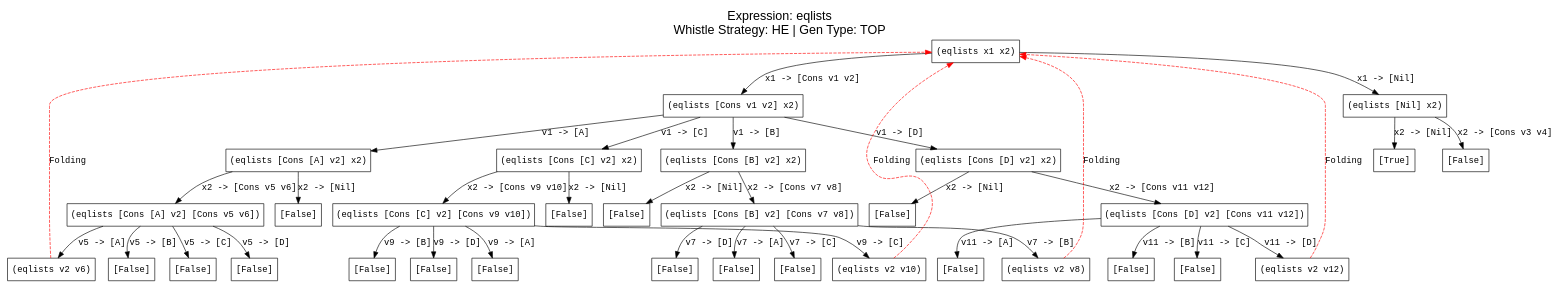
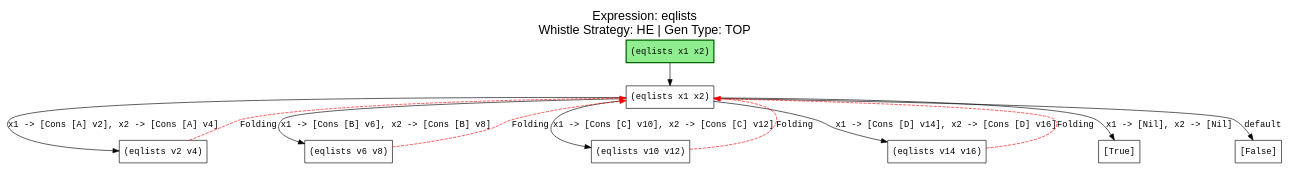
The diagram in output/test5/he_eqlists.dot (makezh/coursework_supercompiler), drawn with Graphviz before and after one commit. The commit also changed 20 other files, not shown here.

```diff
--- a/output/test5/he_eqlists.dot
+++ b/output/test5/he_eqlists.dot
@@ -1,78 +1,28 @@
 digraph ProcessTree {
   label="Expression: eqlists\nWhistle Strategy: HE | Gen Type: TOP";
   labelloc="t";
   fontsize=20;
   fontname="Arial";
 
     node [fontname="Courier New"];
     edge [fontname="Courier New"];
+    start [label="(eqlists x1 x2)", shape=box, style="filled", fillcolor="lightgreen", color="darkgreen", penwidth=2.0];
+    start -> n0 [];
     n0 [label="(eqlists x1 x2)", shape=box];
-    n0 -> n1 [label="x1 -> [Cons v1 v2]"];
-    n0 -> n2 [label="x1 -> [Nil]"];
-    n1 [label="(eqlists [Cons v1 v2] x2)", shape=box];
-    n1 -> n3 [label="v1 -> [A]"];
-    n1 -> n4 [label="v1 -> [B]"];
-    n1 -> n5 [label="v1 -> [C]"];
-    n1 -> n6 [label="v1 -> [D]"];
-    n2 [label="(eqlists [Nil] x2)", shape=box];
-    n2 -> n7 [label="x2 -> [Nil]"];
-    n2 -> n8 [label="x2 -> [Cons v3 v4]"];
-    n3 [label="(eqlists [Cons [A] v2] x2)", shape=box];
-    n3 -> n9 [label="x2 -> [Cons v5 v6]"];
-    n3 -> n10 [label="x2 -> [Nil]"];
-    n4 [label="(eqlists [Cons [B] v2] x2)", shape=box];
-    n4 -> n11 [label="x2 -> [Cons v7 v8]"];
-    n4 -> n12 [label="x2 -> [Nil]"];
-    n5 [label="(eqlists [Cons [C] v2] x2)", shape=box];
-    n5 -> n13 [label="x2 -> [Cons v9 v10]"];
-    n5 -> n14 [label="x2 -> [Nil]"];
-    n6 [label="(eqlists [Cons [D] v2] x2)", shape=box];
-    n6 -> n15 [label="x2 -> [Cons v11 v12]"];
-    n6 -> n16 [label="x2 -> [Nil]"];
-    n7 [label="[True]", shape=box];
-    n8 [label="[False]", shape=box];
-    n9 [label="(eqlists [Cons [A] v2] [Cons v5 v6])", shape=box];
-    n9 -> n17 [label="v5 -> [A]"];
-    n9 -> n18 [label="v5 -> [B]"];
-    n9 -> n19 [label="v5 -> [C]"];
-    n9 -> n20 [label="v5 -> [D]"];
-    n10 [label="[False]", shape=box];
-    n11 [label="(eqlists [Cons [B] v2] [Cons v7 v8])", shape=box];
-    n11 -> n21 [label="v7 -> [B]"];
-    n11 -> n22 [label="v7 -> [A]"];
-    n11 -> n23 [label="v7 -> [C]"];
-    n11 -> n24 [label="v7 -> [D]"];
-    n12 [label="[False]", shape=box];
-    n13 [label="(eqlists [Cons [C] v2] [Cons v9 v10])", shape=box];
-    n13 -> n25 [label="v9 -> [C]"];
-    n13 -> n26 [label="v9 -> [A]"];
-    n13 -> n27 [label="v9 -> [B]"];
-    n13 -> n28 [label="v9 -> [D]"];
-    n14 [label="[False]", shape=box];
-    n15 [label="(eqlists [Cons [D] v2] [Cons v11 v12])", shape=box];
-    n15 -> n29 [label="v11 -> [D]"];
-    n15 -> n30 [label="v11 -> [A]"];
-    n15 -> n31 [label="v11 -> [B]"];
-    n15 -> n32 [label="v11 -> [C]"];
-    n16 [label="[False]", shape=box];
-    n17 [label="(eqlists v2 v6)", shape=box];
-    n17 -> n0 [style=dashed, color=red, label="Folding"];
-    n18 [label="[False]", shape=box];
-    n19 [label="[False]", shape=box];
-    n20 [label="[False]", shape=box];
-    n21 [label="(eqlists v2 v8)", shape=box];
-    n21 -> n0 [style=dashed, color=red, label="Folding"];
-    n22 [label="[False]", shape=box];
-    n23 [label="[False]", shape=box];
-    n24 [label="[False]", shape=box];
-    n25 [label="(eqlists v2 v10)", shape=box];
-    n25 -> n0 [style=dashed, color=red, label="Folding"];
-    n26 [label="[False]", shape=box];
-    n27 [label="[False]", shape=box];
-    n28 [label="[False]", shape=box];
-    n29 [label="(eqlists v2 v12)", shape=box];
-    n29 -> n0 [style=dashed, color=red, label="Folding"];
-    n30 [label="[False]", shape=box];
-    n31 [label="[False]", shape=box];
-    n32 [label="[False]", shape=box];
+    n0 -> n1 [label="x1 -> [Cons [A] v2], x2 -> [Cons [A] v4]"];
+    n0 -> n2 [label="x1 -> [Cons [B] v6], x2 -> [Cons [B] v8]"];
+    n0 -> n3 [label="x1 -> [Cons [C] v10], x2 -> [Cons [C] v12]"];
+    n0 -> n4 [label="x1 -> [Cons [D] v14], x2 -> [Cons [D] v16]"];
+    n0 -> n5 [label="x1 -> [Nil], x2 -> [Nil]"];
+    n0 -> n6 [label="default"];
+    n1 [label="(eqlists v2 v4)", shape=box];
+    n1 -> n0 [style=dashed, color=red, label="Folding"];
+    n2 [label="(eqlists v6 v8)", shape=box];
+    n2 -> n0 [style=dashed, color=red, label="Folding"];
+    n3 [label="(eqlists v10 v12)", shape=box];
+    n3 -> n0 [style=dashed, color=red, label="Folding"];
+    n4 [label="(eqlists v14 v16)", shape=box];
+    n4 -> n0 [style=dashed, color=red, label="Folding"];
+    n5 [label="[True]", shape=box];
+    n6 [label="[False]", shape=box];
 }
```
